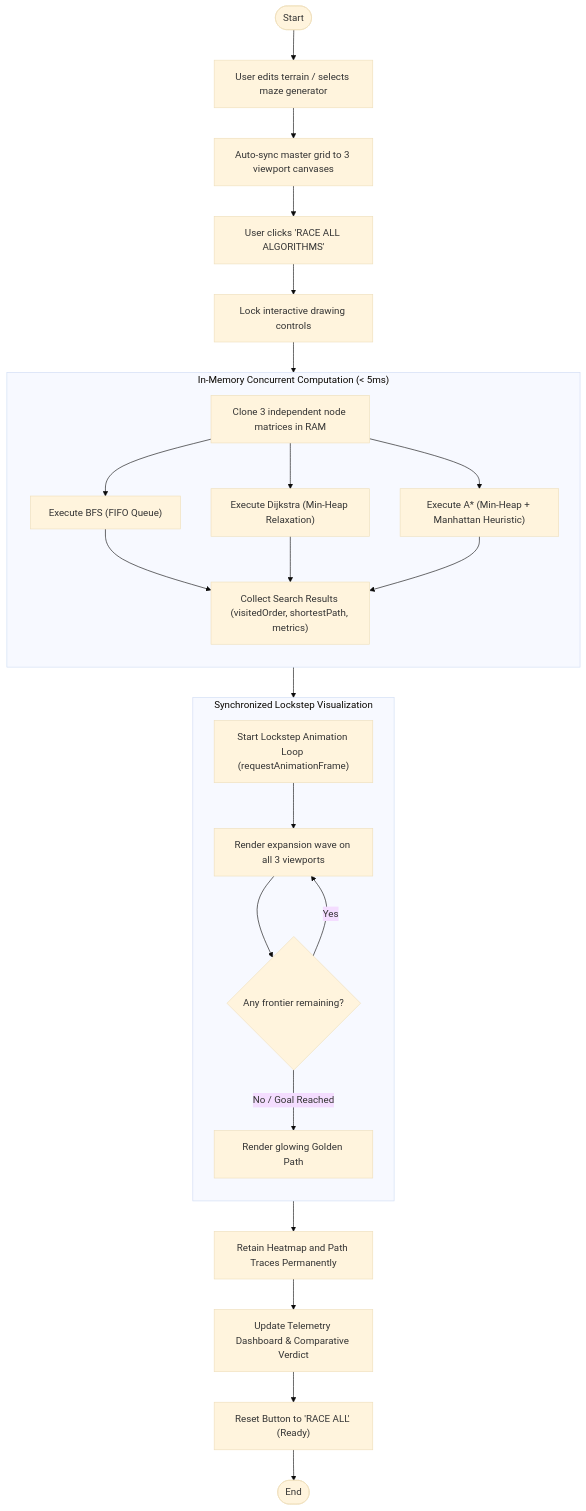
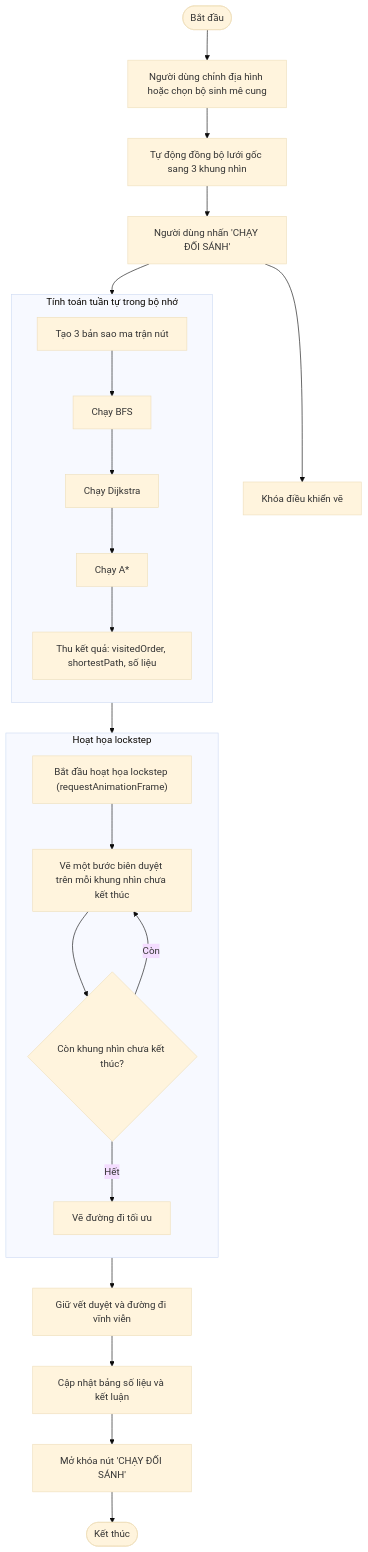
Before and after one commit to minhduc01168/pathfinding-visualizer-3d: the third of 7 diagrams in docs/PathQuest_Technical_Analysis.md, drawn with Mermaid (base theme). The commit also changed other lines of this file, not shown here.

First line of the commit message:
docs: review and fix PathQuest technical analysis report

````diff
--- a/docs/PathQuest_Technical_Analysis.md
+++ b/docs/PathQuest_Technical_Analysis.md
@@ -321,33 +283,31 @@
 ```mermaid
 flowchart TD
-    Start([Start]) --> EditGrid["User edits terrain / selects maze generator"]
-    EditGrid --> SyncData["Auto-sync master grid to 3 viewport canvases"]
-    SyncData --> ClickRace["User clicks 'RACE ALL ALGORITHMS'"]
-    ClickRace --> LockUI["Lock interactive drawing controls"]
-    LockUI --> CloneGrid["Clone 3 independent node matrices in RAM"]
-    
-    subgraph RAM_Execution["In-Memory Concurrent Computation (< 5ms)"]
+    Start([Bắt đầu]) --> EditGrid["Người dùng chỉnh địa hình hoặc chọn bộ sinh mê cung"]
+    EditGrid --> SyncData["Tự động đồng bộ lưới gốc sang 3 khung nhìn"]
+    SyncData --> ClickRace["Người dùng nhấn 'CHẠY ĐỐI SÁNH'"]
+    ClickRace --> LockUI["Khóa điều khiển vẽ"]
+    ClickRace --> CloneGrid["Tạo 3 bản sao ma trận nút"]
+
+    subgraph RAM_Execution["Tính toán tuần tự trong bộ nhớ"]
         direction TB
-        CloneGrid --> RunBFS["Execute BFS (FIFO Queue)"]
-        CloneGrid --> RunDijkstra["Execute Dijkstra (Min-Heap Relaxation)"]
-        CloneGrid --> RunAStar["Execute A* (Min-Heap + Manhattan Heuristic)"]
-        RunBFS --> CollectRes["Collect Search Results (visitedOrder, shortestPath, metrics)"]
-        RunDijkstra --> CollectRes
-        RunAStar --> CollectRes
+        CloneGrid --> RunBFS["Chạy BFS"]
+        RunBFS --> RunDijkstra["Chạy Dijkstra"]
+        RunDijkstra --> RunAStar["Chạy A*"]
+        RunAStar --> CollectRes["Thu kết quả: visitedOrder, shortestPath, số liệu"]
     end
 
-    CollectRes --> AnimLoop["Start Lockstep Animation Loop (requestAnimationFrame)"]
-    
-    subgraph Animation["Synchronized Lockstep Visualization"]
+    CollectRes --> AnimLoop["Bắt đầu hoạt họa lockstep (requestAnimationFrame)"]
+
+    subgraph Animation["Hoạt họa lockstep"]
         direction TB
-        AnimLoop --> StepFrontier["Render expansion wave on all 3 viewports"]
-        StepFrontier --> CheckDone{"Any frontier remaining?"}
-        CheckDone -- Yes --> StepFrontier
-        CheckDone -- No / Goal Reached --> DrawGolden["Render glowing Golden Path"]
+        AnimLoop --> StepFrontier["Vẽ một bước biên duyệt trên mỗi khung nhìn chưa kết thúc"]
+        StepFrontier --> CheckDone{"Còn khung nhìn chưa kết thúc?"}
+        CheckDone -- Còn --> StepFrontier
+        CheckDone -- Hết --> DrawGolden["Vẽ đường đi tối ưu"]
     end
 
-    DrawGolden --> TracePersist["Retain Heatmap and Path Traces Permanently"]
-    TracePersist --> UpdateTelemetry["Update Telemetry Dashboard & Comparative Verdict"]
-    UpdateTelemetry --> UnlockUI["Reset Button to 'RACE ALL' (Ready)"]
-    UnlockUI --> End([End])
+    DrawGolden --> TracePersist["Giữ vết duyệt và đường đi vĩnh viễn"]
+    TracePersist --> UpdateTelemetry["Cập nhật bảng số liệu và kết luận"]
+    UpdateTelemetry --> UnlockUI["Mở khóa nút 'CHẠY ĐỐI SÁNH'"]
+    UnlockUI --> End([Kết thúc])
 ```
````
